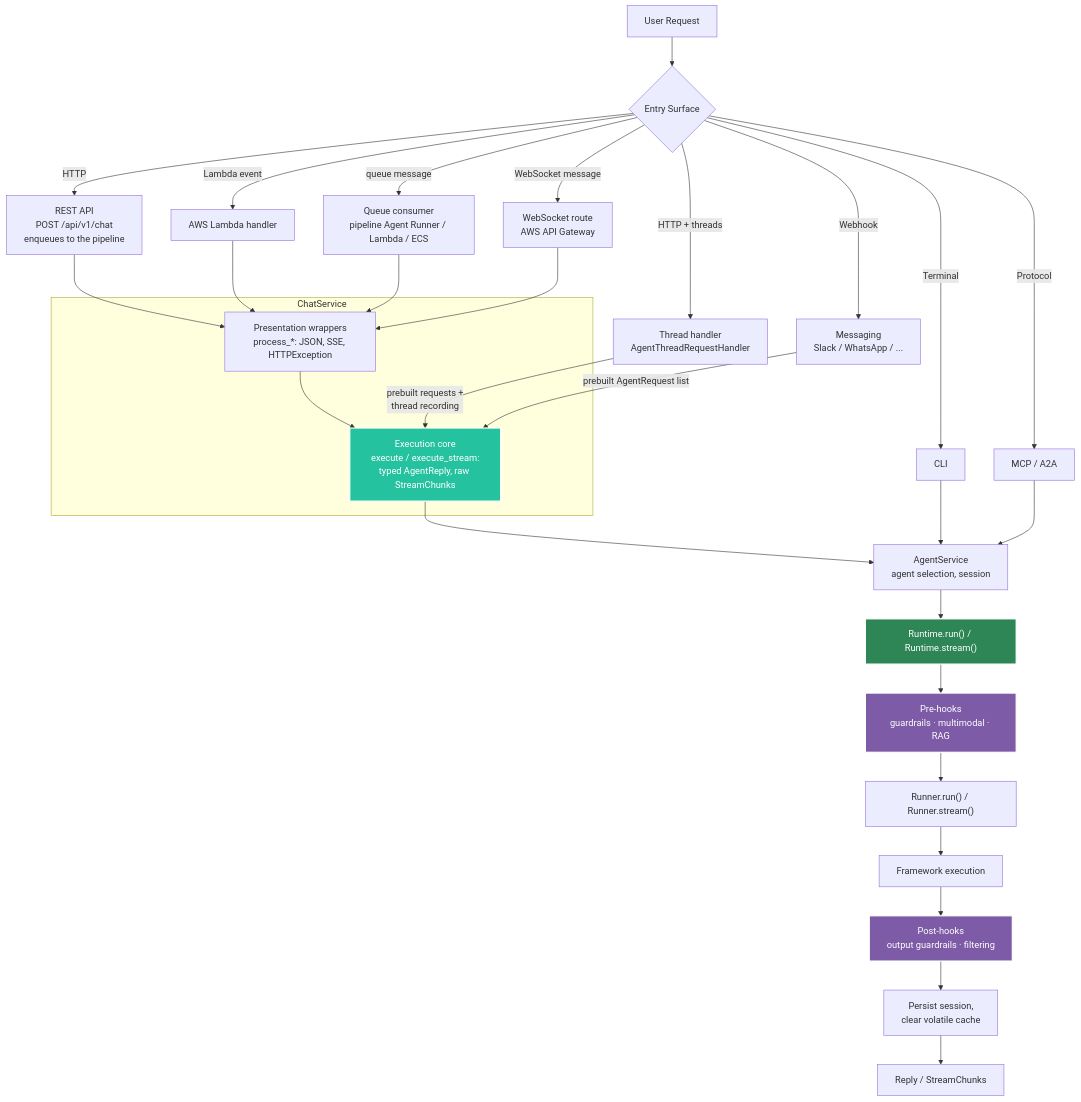
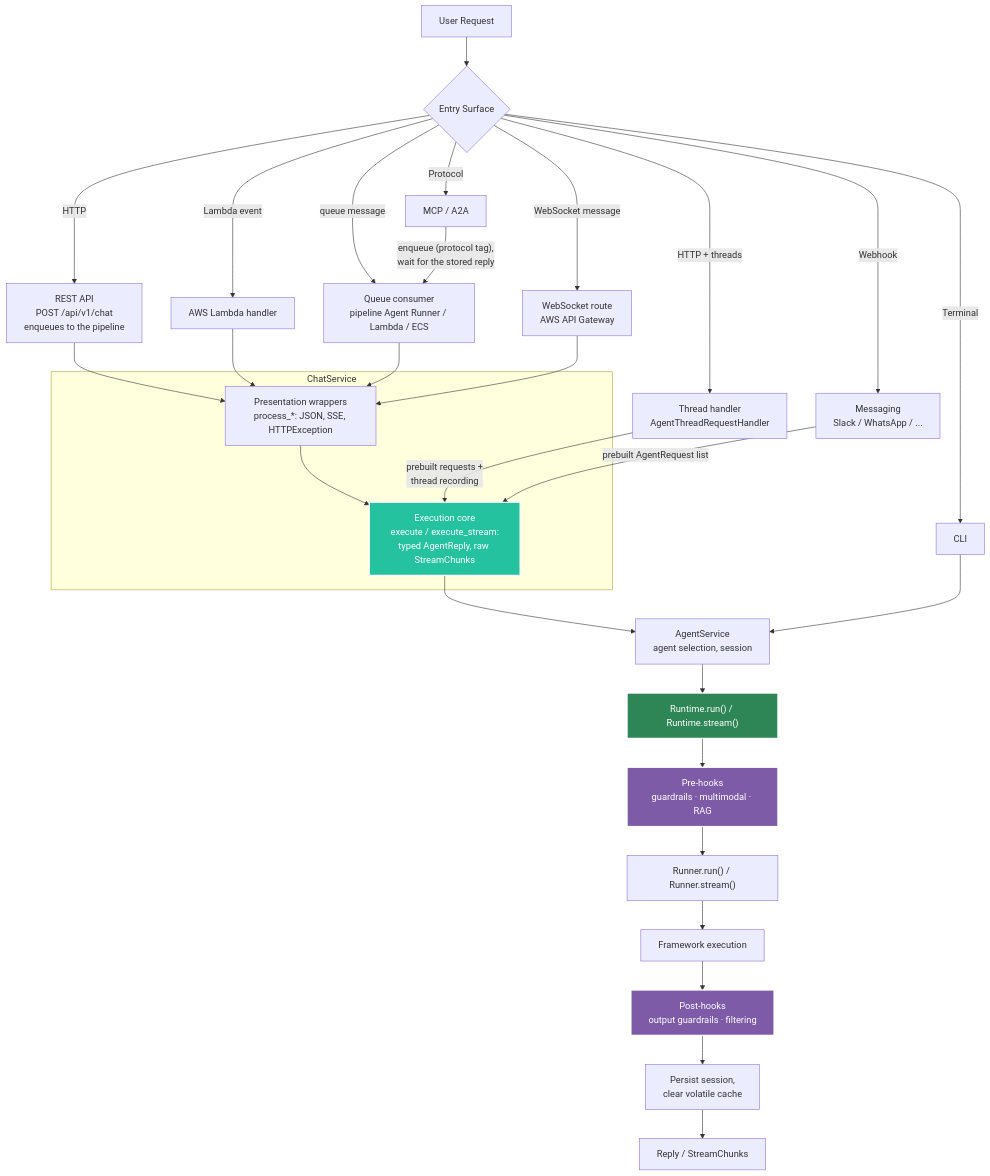
One commit to yaalalabs/agent-kernel changed the first of 8 diagrams in docs/docs/architecture/execution-flow.md. Above: the diagram before and after it, drawn with Mermaid. The commit also changed other lines of this file and 13 other files, not shown here.

````diff
--- a/docs/docs/architecture/execution-flow.md
+++ b/docs/docs/architecture/execution-flow.md
@@ -13,43 +13,43 @@
 ```mermaid
 graph TD
     A[User Request] --> B{Entry Surface}
     B -->|Terminal| C[CLI]
     B -->|HTTP| D[REST API<br/>POST /api/v1/chat<br/>enqueues to the pipeline]
     B -->|HTTP + threads| TH[Thread handler<br/>AgentThreadRequestHandler]
     B -->|Lambda event| E[AWS Lambda handler]
     B -->|queue message| Q[Queue consumer<br/>pipeline Agent Runner / Lambda / ECS]
     B -->|WebSocket message| F[WebSocket route<br/>AWS API Gateway]
     B -->|Protocol| P[MCP / A2A]
     B -->|Webhook| MSG[Messaging<br/>Slack / WhatsApp / ...]
 
     subgraph CS[ChatService]
         PRES["Presentation wrappers<br/>process_*: JSON, SSE, HTTPException"]
         CORE["Execution core<br/>execute / execute_stream:<br/>typed AgentReply, raw StreamChunks"]
     end
 
     D --> PRES
     E --> PRES
     Q --> PRES
     F --> PRES
     PRES --> CORE
     TH -->|"prebuilt requests +<br/>thread recording"| CORE
     MSG -->|"prebuilt AgentRequest list"| CORE
 
     AS["AgentService<br/>agent selection, session"]
     CORE --> AS
     C --> AS
-    P --> AS
+    P -->|"enqueue (protocol tag),<br/>wait for the stored reply"| Q
 
     AS --> H["Runtime.run() / Runtime.stream()"]
     H --> I[Pre-hooks<br/>guardrails · multimodal · RAG]
     I --> J["Runner.run() / Runner.stream()"]
     J --> K[Framework execution]
     K --> L[Post-hooks<br/>output guardrails · filtering]
     L --> M[Persist session,<br/>clear volatile cache]
     M --> N[Reply / StreamChunks]
 
     style H fill:#2e8555,stroke:#fff,stroke-width:2px,color:#fff
     style I fill:#7d5ba6,stroke:#fff,stroke-width:2px,color:#fff
     style L fill:#7d5ba6,stroke:#fff,stroke-width:2px,color:#fff
     style CORE fill:#25c2a0,stroke:#fff,stroke-width:2px,color:#fff
 ```
````
